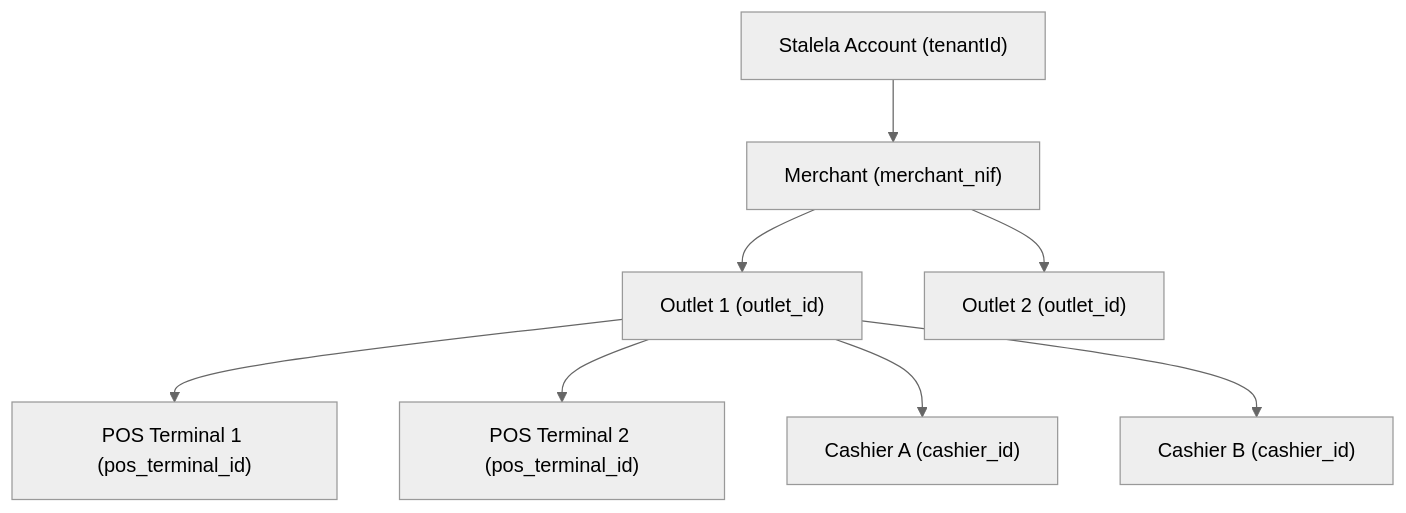
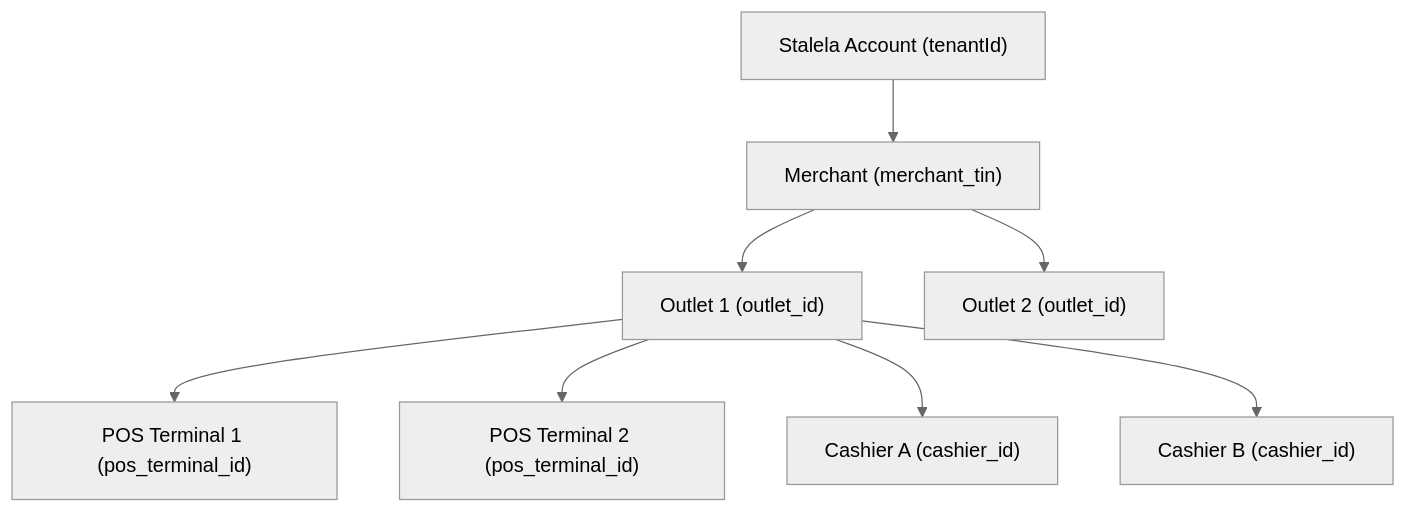
Before and after one commit to stalela/stalela-docs: the diagram in docs/00-foundation/multi-tenant-model.md, drawn with Mermaid (neutral theme). The commit also changed other lines of this file and 233 other files, not shown here.

````diff
--- a/docs/00-foundation/multi-tenant-model.md
+++ b/docs/00-foundation/multi-tenant-model.md
@@ -9,10 +9,10 @@
 ```mermaid
 flowchart TD
-    T["Stalela Account (tenantId)"] --> M["Merchant (merchant_nif)"]
+    T["Stalela Account (tenantId)"] --> M["Merchant (merchant_tin)"]
     M --> O1["Outlet 1 (outlet_id)"]
     M --> O2["Outlet 2 (outlet_id)"]
     O1 --> T1["POS Terminal 1 (pos_terminal_id)"]
     O1 --> T2["POS Terminal 2 (pos_terminal_id)"]
     O1 --> C1["Cashier A (cashier_id)"]
     O1 --> C2["Cashier B (cashier_id)"]
 ```
````
